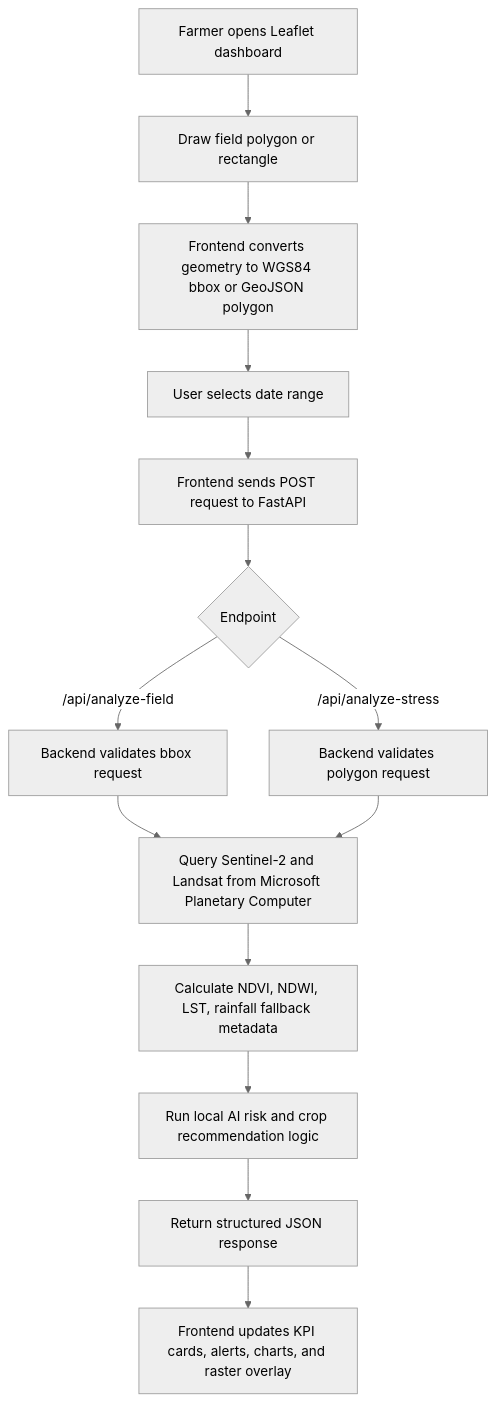
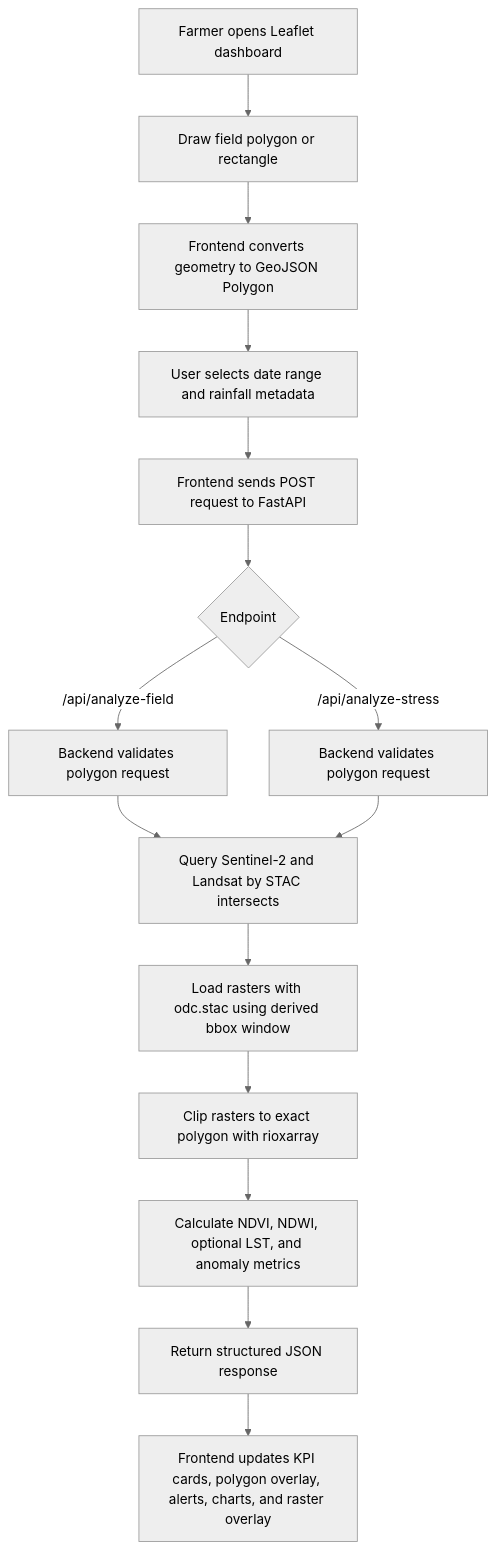
One commit to chinna5656/satellite-crop-planner changed the first of 2 diagrams in docs/data-transfer-workflow.md. Above: the diagram before and after it, drawn with Mermaid (neutral theme). The commit also changed other lines of this file and 7 other files, not shown here.

````diff
--- a/docs/data-transfer-workflow.md
+++ b/docs/data-transfer-workflow.md
@@ -7,16 +7,17 @@
 ```mermaid
 flowchart TD
     A[Farmer opens Leaflet dashboard] --> B[Draw field polygon or rectangle]
-    B --> C[Frontend converts geometry to WGS84 bbox or GeoJSON polygon]
-    C --> D[User selects date range]
+    B --> C[Frontend converts geometry to GeoJSON Polygon]
+    C --> D[User selects date range and rainfall metadata]
     D --> E[Frontend sends POST request to FastAPI]
     E --> F{Endpoint}
-    F -->|/api/analyze-field| G[Backend validates bbox request]
+    F -->|/api/analyze-field| G[Backend validates polygon request]
     F -->|/api/analyze-stress| H[Backend validates polygon request]
-    G --> I[Query Sentinel-2 and Landsat from Microsoft Planetary Computer]
+    G --> I[Query Sentinel-2 and Landsat by STAC intersects]
     H --> I
-    I --> J[Calculate NDVI, NDWI, LST, rainfall fallback metadata]
-    J --> K[Run local AI risk and crop recommendation logic]
-    K --> L[Return structured JSON response]
-    L --> M[Frontend updates KPI cards, alerts, charts, and raster overlay]
+    I --> J[Load rasters with odc.stac using derived bbox window]
+    J --> K[Clip rasters to exact polygon with rioxarray]
+    K --> L[Calculate NDVI, NDWI, optional LST, and anomaly metrics]
+    L --> M[Return structured JSON response]
+    M --> N[Frontend updates KPI cards, polygon overlay, alerts, charts, and raster overlay]
 ```
````
